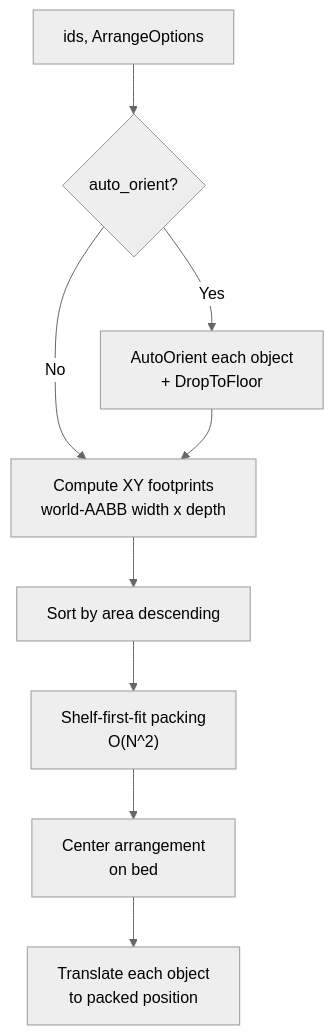
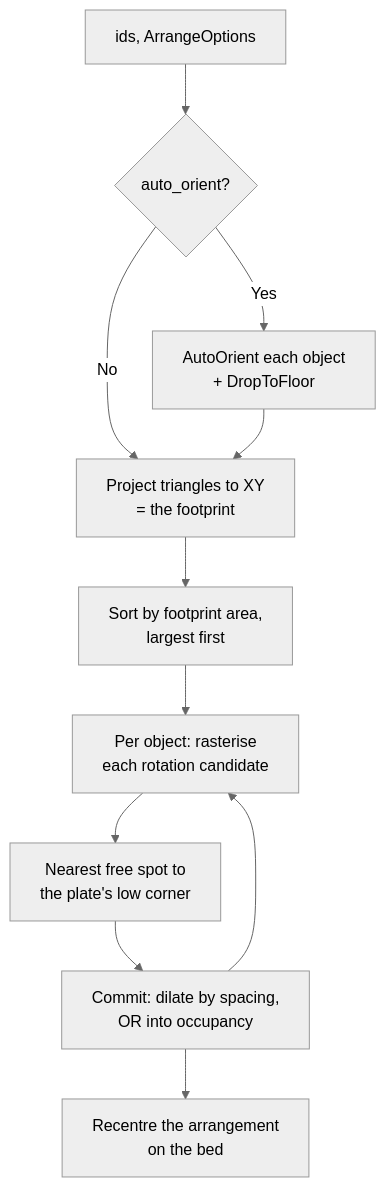
One commit to ColdCrabby/slicer changed the second of 2 diagrams in src/orient/README.md. Above: the diagram before and after it, drawn with Mermaid (neutral theme). The commit also changed other lines of this file and 14 other files, not shown here.

````diff
--- a/src/orient/README.md
+++ b/src/orient/README.md
@@ -189,11 +196,13 @@
 ```mermaid
 flowchart TD
   A["ids, ArrangeOptions"] --> B{"auto_orient?"}
   B -- "Yes" --> C["AutoOrient each object<br/>+ DropToFloor"]
   B -- "No" --> D
-  C --> D["Compute XY footprints<br/>world-AABB width x depth"]
-  D --> E["Sort by area descending"]
-  E --> F["Shelf-first-fit packing<br/>O(N^2)"]
-  F --> G["Center arrangement<br/>on bed"]
-  G --> H["Translate each object<br/>to packed position"]
+  C --> D["Project triangles to XY<br/>= the footprint"]
+  D --> E["Sort by footprint area,<br/>largest first"]
+  E --> F["Per object: rasterise<br/>each rotation candidate"]
+  F --> G["Nearest free spot to<br/>the plate's low corner"]
+  G --> H["Commit: dilate by spacing,<br/>OR into occupancy"]
+  H --> F
+  H --> I["Recentre the arrangement<br/>on the bed"]
 ```
````
